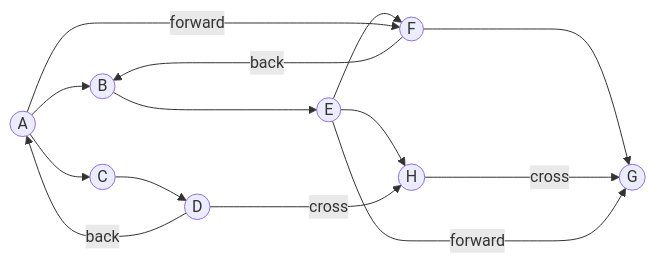
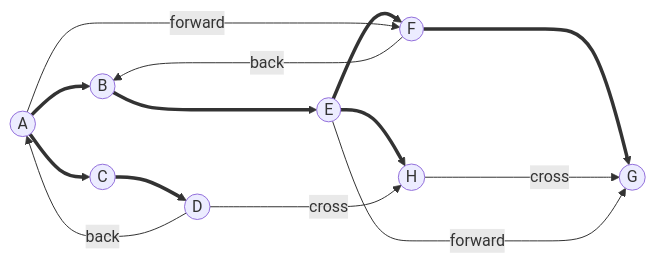
Before and after one commit to herzamos/ethz-summaries: diagram 11 of 17 in dna/Graph theory.md, drawn with Mermaid.

````diff
--- a/dna/Graph theory.md
+++ b/dna/Graph theory.md
@@ -386,14 +386,14 @@
 ```mermaid
 graph LR
-	A((A)) --> B((B)) & C((C))
-	B --> E((E))
-	C --> D((D))
-	E --> F((F)) & H((H))
-	F --> G((G))
+	A((A)) ==> B((B)) & C((C))
+	B ==> E((E))
+	C ==> D((D))
+	E ==> F((F)) & H((H))
+	F ==> G((G))
 	D --> |back| A
 	F ----> |back| B
 	A ----> |forward| F
 	D ---> |cross| H
 	H ---> |cross| G
 	E --> |forward| G
 ```
````
